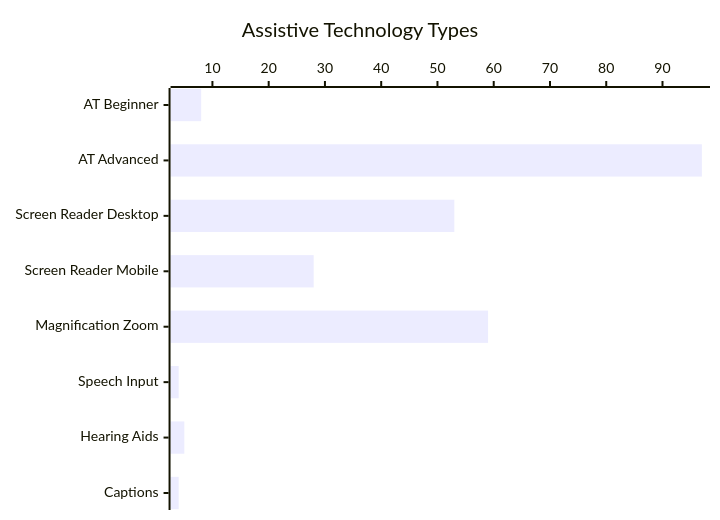
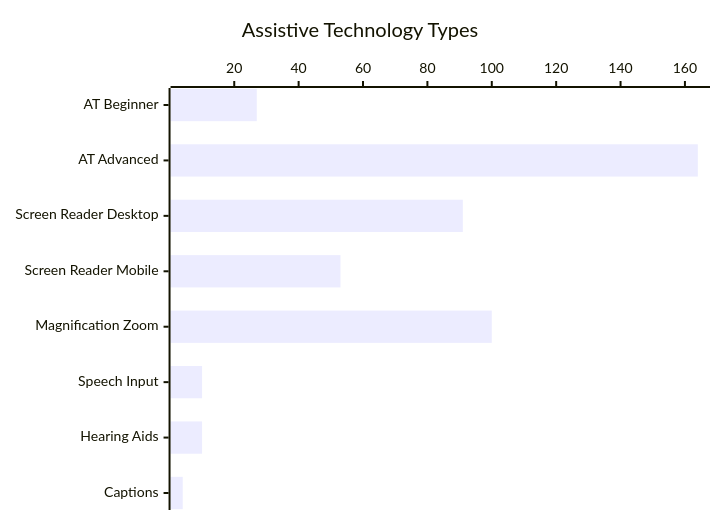
The third of 6 diagrams in historical-participant-data-summary-2017-2025.md (Ninjaneer321/va.gov-team), drawn with Mermaid before and after one commit. The commit also changed other lines of this file and 3 other files, not shown here.

````diff
--- a/historical-participant-data-summary-2017-2025.md
+++ b/historical-participant-data-summary-2017-2025.md
@@ -83,6 +83,6 @@
 ```mermaid
 xychart-beta horizontal
     title "Assistive Technology Types"
     x-axis ["AT Beginner", "AT Advanced", "Screen Reader Desktop", "Screen Reader Mobile", "Magnification Zoom", "Speech Input", "Hearing Aids", "Captions"]
-    bar [8, 97, 53, 28, 59, 4, 5, 4]
+    bar [27, 164, 91, 53, 100, 10, 10, 4]
 ```
````
